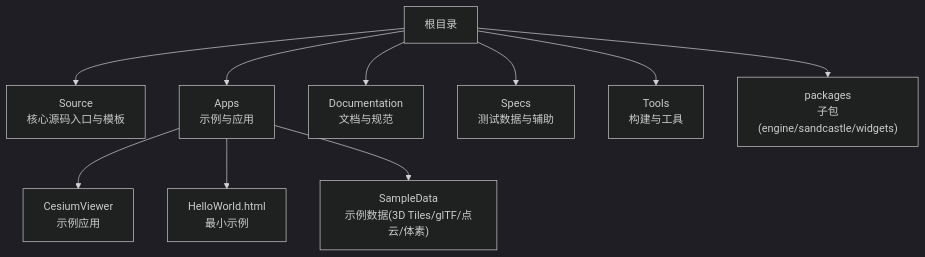
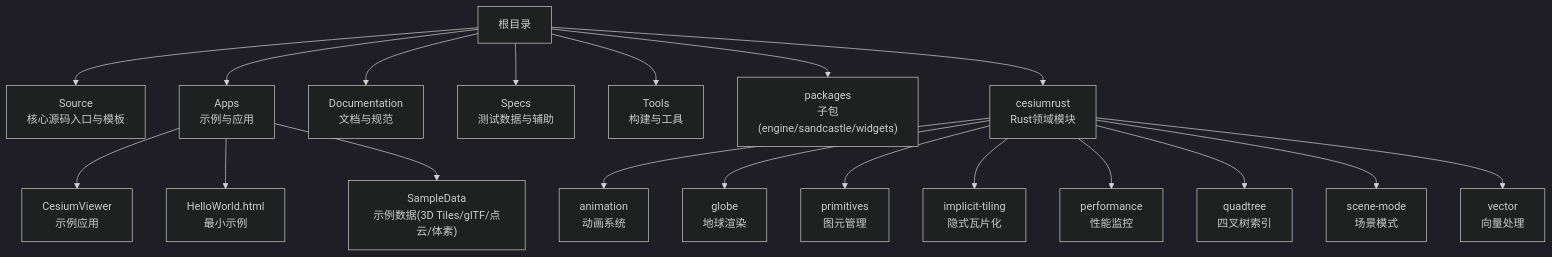
The first of 5 diagrams in .qoder/repowiki/zh/content/项目概述/核心特性/核心特性.md (rzhangjing/cesium), drawn with Mermaid (dark theme) before and after one commit. The commit also changed other lines of this file and 60 other files, not shown here.

````diff
--- a/.qoder/repowiki/zh/content/项目概述/核心特性/核心特性.md
+++ b/.qoder/repowiki/zh/content/项目概述/核心特性/核心特性.md
@@ -47,12 +66,21 @@
 ```mermaid
 graph TB
 A["根目录"] --> B["Source<br/>核心源码入口与模板"]
 A --> C["Apps<br/>示例与应用"]
 A --> D["Documentation<br/>文档与规范"]
 A --> E["Specs<br/>测试数据与辅助"]
 A --> F["Tools<br/>构建与工具"]
 A --> G["packages<br/>子包(engine/sandcastle/widgets)"]
+A --> H["cesiumrust<br/>Rust领域模块"]
 C --> C1["CesiumViewer<br/>示例应用"]
 C --> C2["HelloWorld.html<br/>最小示例"]
 C --> C3["SampleData<br/>示例数据(3D Tiles/glTF/点云/体素)"]
+H --> H1["animation<br/>动画系统"]
+H --> H2["globe<br/>地球渲染"]
+H --> H3["primitives<br/>图元管理"]
+H --> H4["implicit-tiling<br/>隐式瓦片化"]
+H --> H5["performance<br/>性能监控"]
+H --> H6["quadtree<br/>四叉树索引"]
+H --> H7["scene-mode<br/>场景模式"]
+H --> H8["vector<br/>向量处理"]
 ```
````
